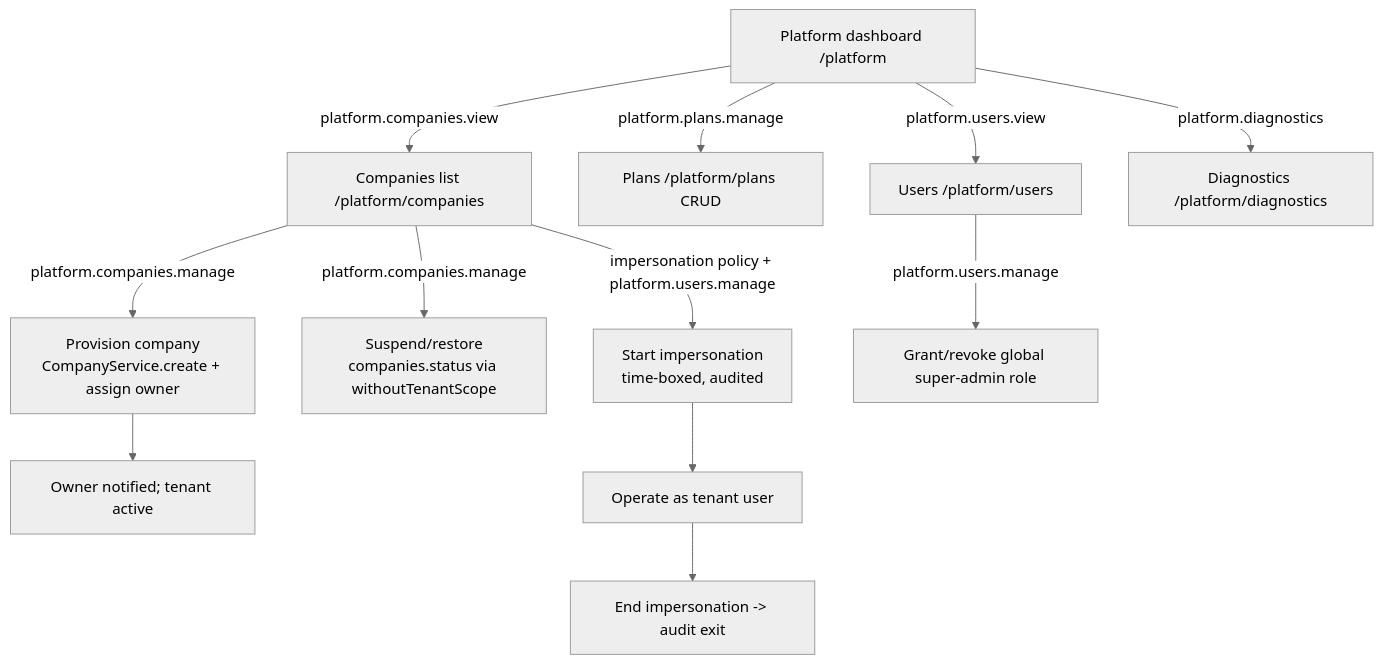
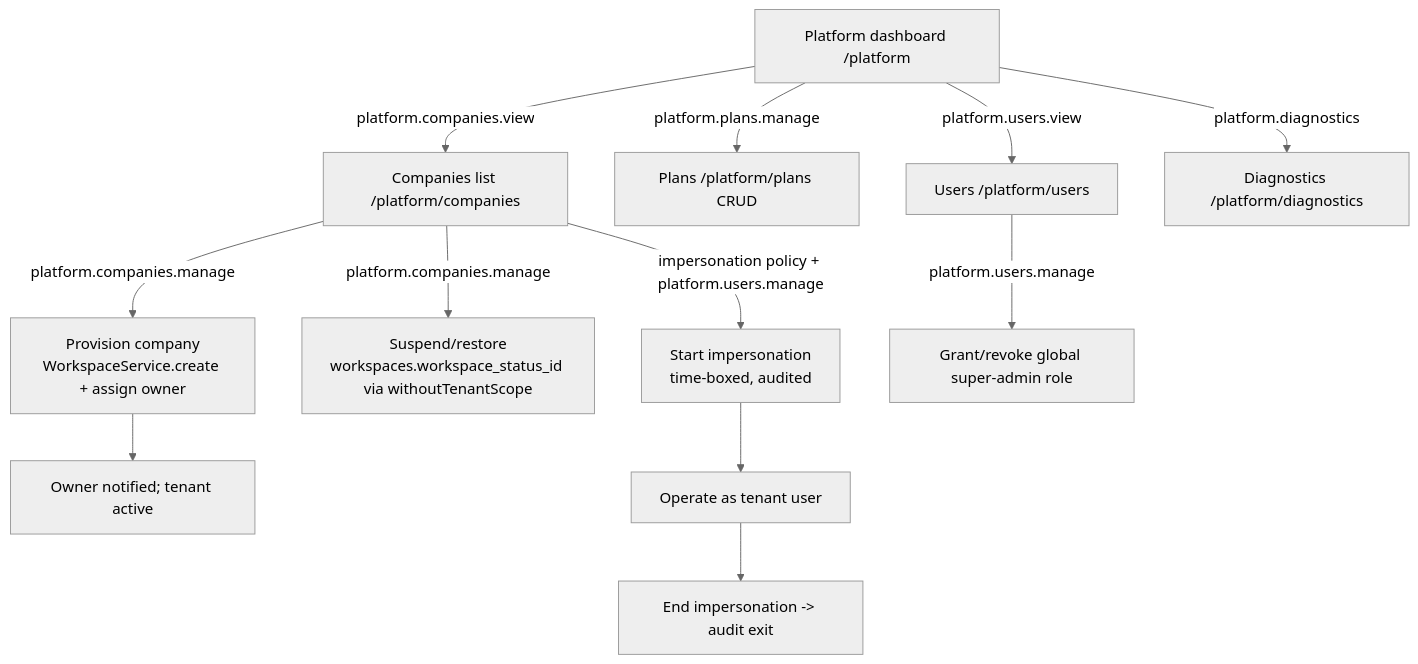
One commit to ammarnabileg/crm changed the second of 2 diagrams in docs/22-SuperAdmin-Journey.md. Above: the diagram before and after it, drawn with Mermaid (neutral theme). The commit also changed other lines of this file and 47 other files, not shown here.

````diff
--- a/docs/22-SuperAdmin-Journey.md
+++ b/docs/22-SuperAdmin-Journey.md
@@ -77,14 +77,14 @@
 ```mermaid
 flowchart TD
     A[Platform dashboard /platform] -->|platform.companies.view| B[Companies list /platform/companies]
-    B -->|platform.companies.manage| C[Provision company<br/>CompanyService.create + assign owner]
+    B -->|platform.companies.manage| C[Provision company<br/>WorkspaceService.create + assign owner]
     C --> D[Owner notified; tenant active]
-    B -->|platform.companies.manage| E[Suspend/restore<br/>companies.status via withoutTenantScope]
+    B -->|platform.companies.manage| E[Suspend/restore<br/>workspaces.workspace_status_id via withoutTenantScope]
     A -->|platform.plans.manage| F[Plans /platform/plans CRUD]
     A -->|platform.users.view| G[Users /platform/users]
     G -->|platform.users.manage| H[Grant/revoke global super-admin role]
     A -->|platform.diagnostics| I[Diagnostics /platform/diagnostics]
     B -->|impersonation policy + platform.users.manage| J[Start impersonation<br/>time-boxed, audited]
     J --> K[Operate as tenant user]
     K --> L[End impersonation -> audit exit]
 ```
````
